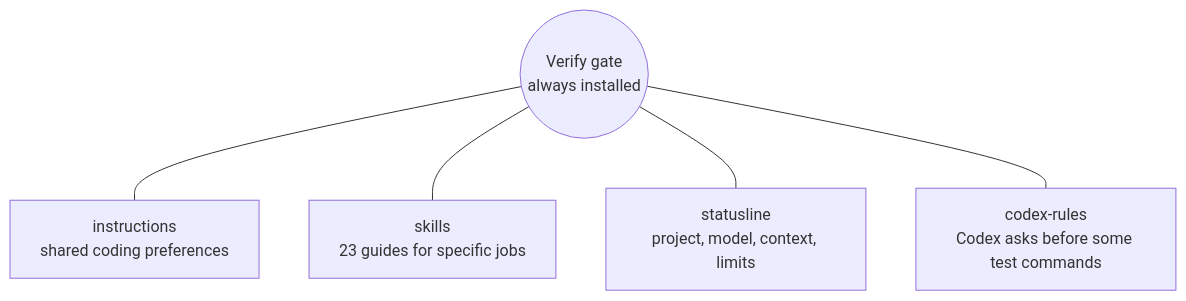
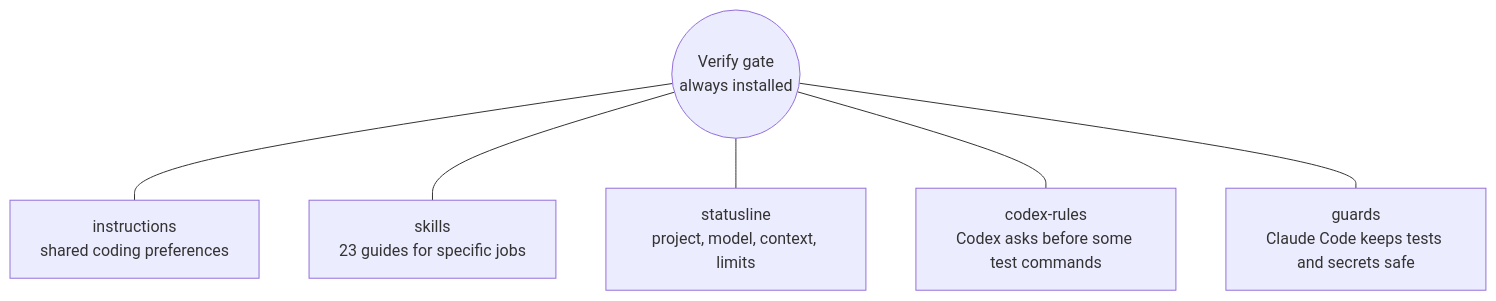
The sixth of 7 diagrams in docs/overview.md (chrysogonus/power-agents), drawn with Mermaid before and after one commit. The commit also changed 14 other files, not shown here.

Commit message:
feat(guards): add protect-tests and protect-secrets Claude Code hooks

````diff
--- a/docs/overview.md
+++ b/docs/overview.md
@@ -207,8 +207,9 @@
 ```mermaid
 flowchart TD
     G(("Verify gate<br/>always installed"))
     G --- I["instructions<br/>shared coding preferences"]
     G --- S["skills<br/>23 guides for specific jobs"]
     G --- T["statusline<br/>project, model, context, limits"]
     G --- R["codex-rules<br/>Codex asks before some test commands"]
+    G --- D["guards<br/>Claude Code keeps tests and secrets safe"]
 ```
````
